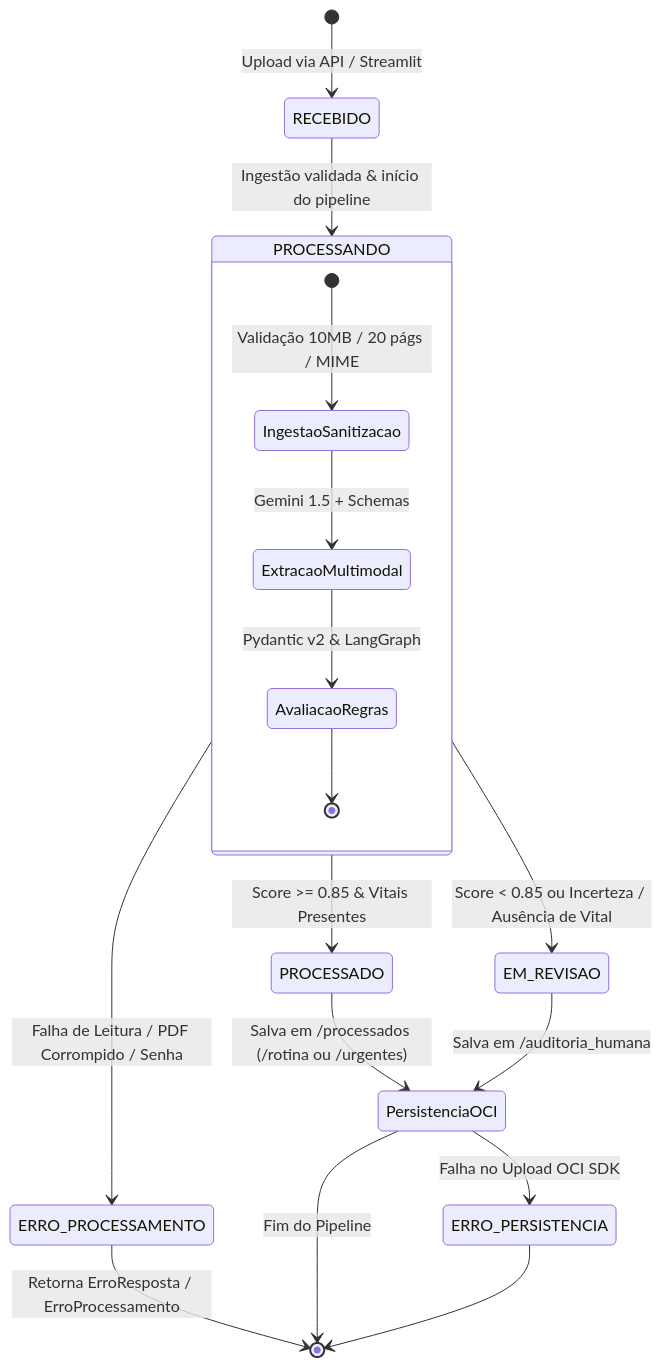
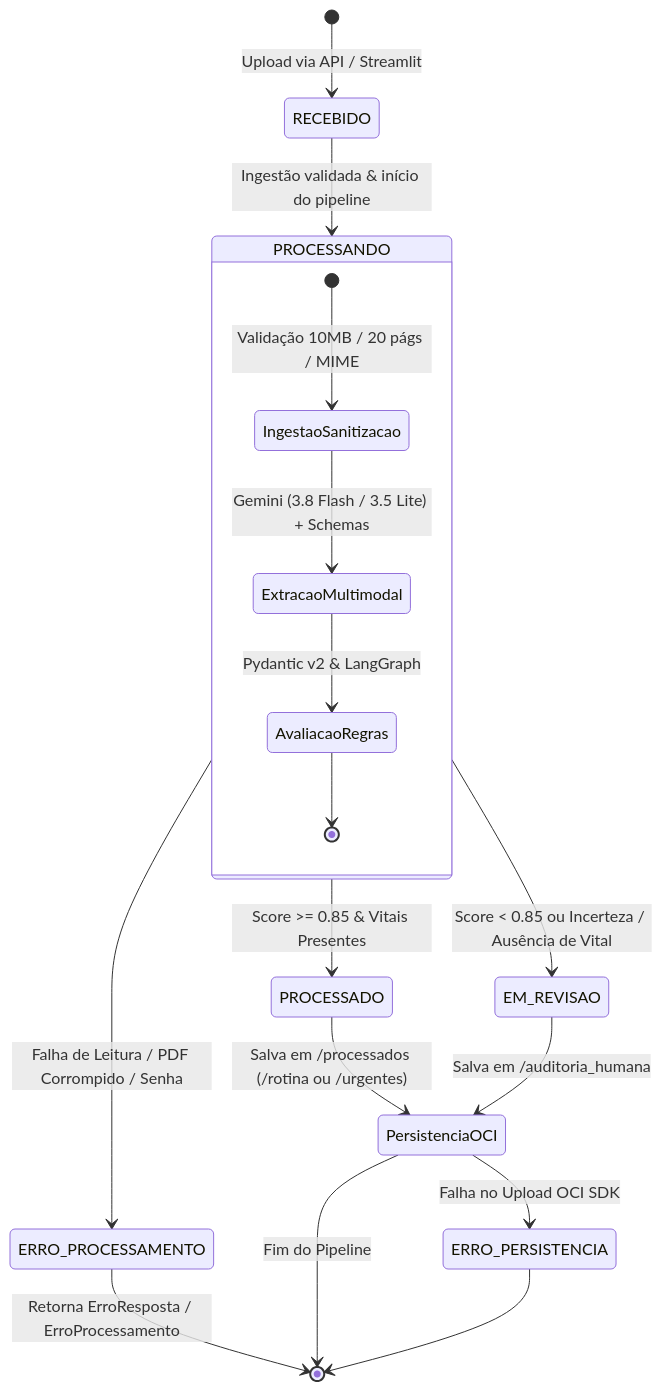
The second of 3 diagrams in ARQUITETURA.md (No-Country-simulation/g10-brasil-equipe-15_mediflow), drawn with Mermaid before and after one commit. The commit also changed other lines of this file and 10 other files, not shown here.

First line of the commit message:
feat: integrar qualidade langgraph na api, ingestao multimodal gemini e fidelidade clinica

````diff
--- a/ARQUITETURA.md
+++ b/ARQUITETURA.md
@@ -171,24 +178,24 @@
 ```mermaid
 stateDiagram-v2
     [*] --> RECEBIDO: Upload via API / Streamlit
     RECEBIDO --> PROCESSANDO: Ingestão validada & início do pipeline
     
     state PROCESSANDO {
         [*] --> IngestaoSanitizacao: Validação 10MB / 20 págs / MIME
-        IngestaoSanitizacao --> ExtracaoMultimodal: Gemini 1.5 + Schemas
+        IngestaoSanitizacao --> ExtracaoMultimodal: Gemini (3.8 Flash / 3.5 Lite) + Schemas
         ExtracaoMultimodal --> AvaliacaoRegras: Pydantic v2 & LangGraph
         AvaliacaoRegras --> [*]
     }
 
     PROCESSANDO --> PROCESSADO: Score >= 0.85 & Vitais Presentes
     PROCESSANDO --> EM_REVISAO: Score < 0.85 ou Incerteza / Ausência de Vital
     PROCESSANDO --> ERRO_PROCESSAMENTO: Falha de Leitura / PDF Corrompido / Senha
     
     PROCESSADO --> PersistenciaOCI: Salva em /processados (/rotina ou /urgentes)
     EM_REVISAO --> PersistenciaOCI: Salva em /auditoria_humana
     ERRO_PROCESSAMENTO --> [*]: Retorna ErroResposta / ErroProcessamento
 
     PersistenciaOCI --> [*]: Fim do Pipeline
     PersistenciaOCI --> ERRO_PERSISTENCIA: Falha no Upload OCI SDK
     ERRO_PERSISTENCIA --> [*]
 ```
````
